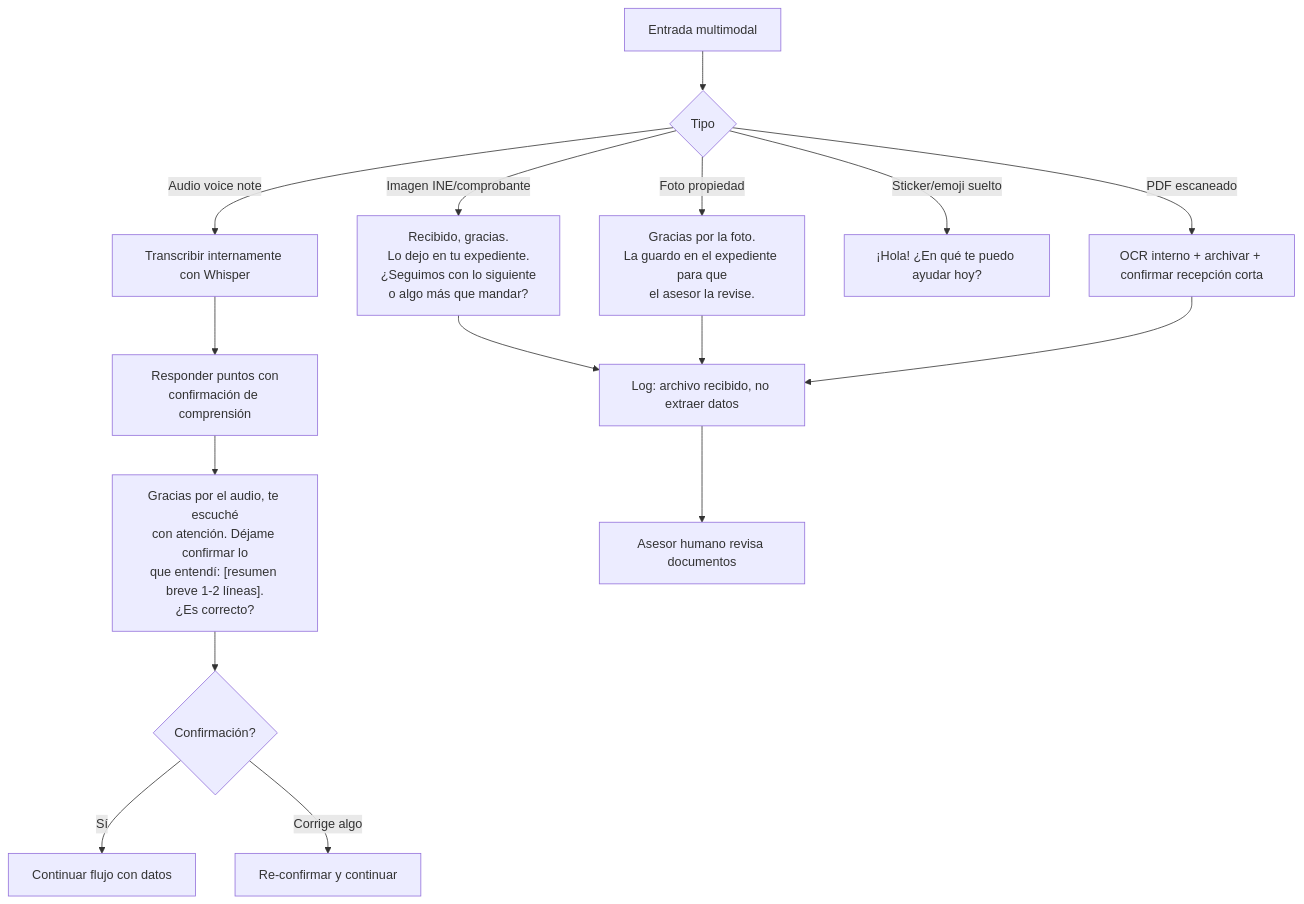
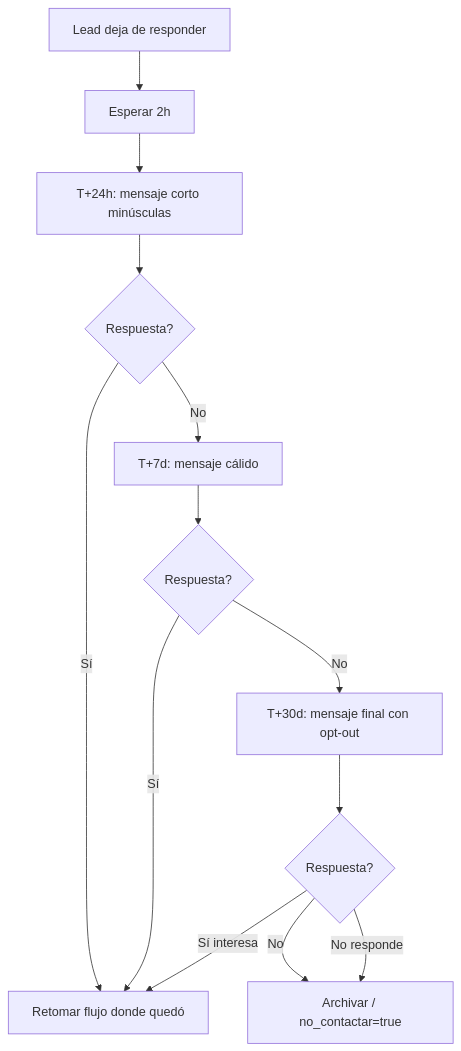
Before and after one commit to LuisValades/bot-ia-test-v1: the fifth of 6 diagrams in agentes/alejandra/playbooks/diagrama-flujo.md, drawn with Mermaid. The commit also changed other lines of this file and 1 other file, not shown here.

First line of the commit message:
feat(alejandra): flujo rediseñado a 5 pasos canónicos

````diff
--- a/agentes/alejandra/playbooks/diagrama-flujo.md
+++ b/agentes/alejandra/playbooks/diagrama-flujo.md
@@ -228,21 +263,15 @@
 ```mermaid
 flowchart TD
-    A[Entrada multimodal] --> B{Tipo}
-
-    B -->|Audio voice note| C[Transcribir internamente con Whisper]
-    B -->|Imagen INE/comprobante| D["Recibido, gracias.<br/>Lo dejo en tu expediente.<br/>¿Seguimos con lo siguiente<br/>o algo más que mandar?"]
-    B -->|Foto propiedad| E["Gracias por la foto.<br/>La guardo en el expediente para que<br/>el asesor la revise."]
-    B -->|Sticker/emoji suelto| F["¡Hola! ¿En qué te puedo ayudar hoy?"]
-    B -->|PDF escaneado| G[OCR interno + archivar + confirmar recepción corta]
-
-    C --> H[Responder puntos con<br/>confirmación de comprensión]
-    H --> I["Gracias por el audio, te escuché<br/>con atención. Déjame confirmar lo<br/>que entendí: [resumen breve 1-2 líneas].<br/>¿Es correcto?"]
-    I --> J{Confirmación?}
-    J -->|Sí| K[Continuar flujo con datos]
-    J -->|Corrige algo| L[Re-confirmar y continuar]
-
-    D --> M[Log: archivo recibido, no extraer datos]
-    E --> M
-    G --> M
-    M --> N[Asesor humano revisa documentos]
+    A[Lead deja de responder] --> B[Esperar 2h]
+    B --> C[T+24h: mensaje corto minúsculas]
+    C --> D{Respuesta?}
+    D -->|Sí| E[Retomar flujo donde quedó]
+    D -->|No| F[T+7d: mensaje cálido]
+    F --> G{Respuesta?}
+    G -->|Sí| E
+    G -->|No| H[T+30d: mensaje final con opt-out]
+    H --> I{Respuesta?}
+    I -->|Sí interesa| E
+    I -->|No| J[Archivar / no_contactar=true]
+    I -->|No responde| J
 ```
````
